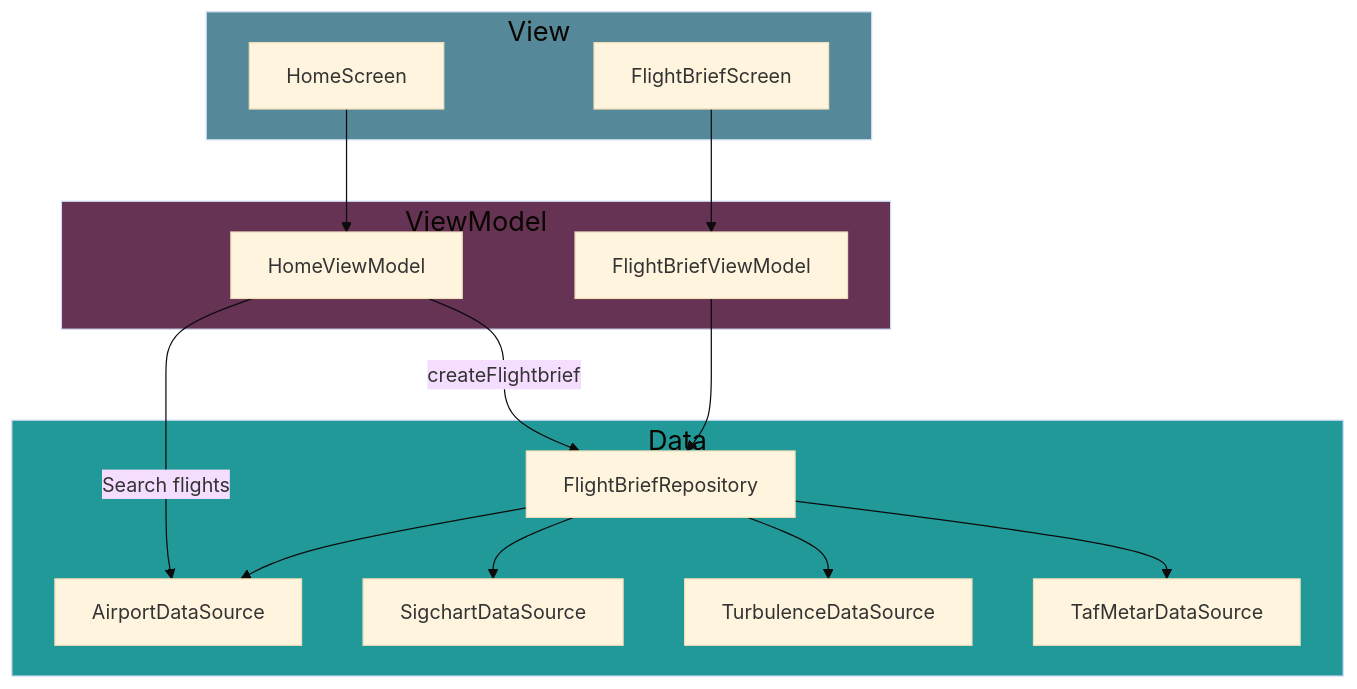
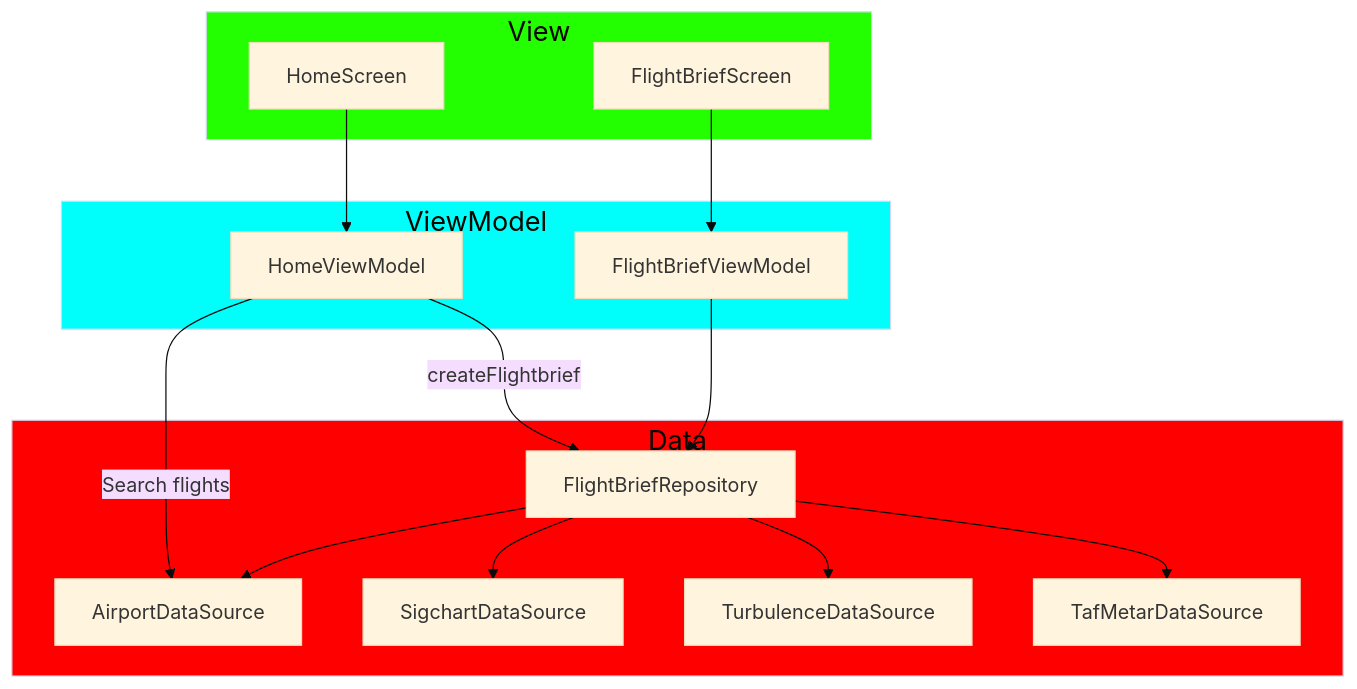
One commit to gjermundmyrvang/airborn changed the diagram in docs/arkitekturskisseMVP.md. Above: the diagram before and after it, drawn with Mermaid (base theme).

Commit message:
add color fix to mermaid architectureMVP

````diff
--- a/docs/arkitekturskisseMVP.md
+++ b/docs/arkitekturskisseMVP.md
@@ -1,72 +1,52 @@
 ```mermaid
 graph TD
+    viewHome[HomeScreen]
+    viewFlight[FlightBriefScreen]
+    viewModelHome[HomeViewModel]
+    viewModelFlight[FlightBriefViewModel]
+    flightRepo[FlightBriefRepository]
+    dataAirport[AirportDataSource]
+    dataSigchart[SigchartDataSource]
+    dataTurbulence[TurbulenceDataSource]
+    dataMetarTaf[TafMetarDataSource]
 
-viewHome[HomeScreen]
-viewFlight[FlightBriefScreen]
+    subgraph view[View]
+        viewHome
+        viewFlight
+    end
 
-viewModelHome[HomeViewModel]
-viewModelFlight[FlightBriefViewModel]
+    subgraph viewmodel[ViewModel]
+        viewModelHome
+        viewModelFlight
+    end
 
-flightRepo[FlightBriefRepository]
-dataAirport[AirportDataSource]
-dataSigchart[SigchartDataSource]
-dataTurbulence[TurbulenceDataSource]
-dataMetarTaf[TafMetarDataSource]
+    subgraph data[Data]
+        flightRepo
+        dataAirport
+        dataSigchart
+        dataTurbulence
+        dataMetarTaf
+    end
 
-
-
-subgraph view[View]
-viewHome
-viewFlight
-end
-
-
-
-
-subgraph viewmodel[ViewModel]
-viewModelHome
-viewModelFlight
-end
-
-
-subgraph data[Data]
-flightRepo
-dataAirport
-dataSigchart
-dataTurbulence
-dataMetarTaf
-end
-
-
-
-viewHome --> viewModelHome
-viewFlight --> viewModelFlight
-
-viewModelHome --> |Search flights| dataAirport
-viewModelHome --> |createFlightbrief| flightRepo
-
-viewModelFlight --> flightRepo
-
-flightRepo --> dataAirport
-flightRepo --> dataSigchart
-flightRepo --> dataTurbulence
-flightRepo --> dataMetarTaf
-
-classDef viewColor fill:#589
-classDef viewModelColor fill:#635
-classDef dataColor fill:#299
-classDef title font-size: 22px
-classDef paddingData padding-right: 2em;
-
-
-
-class view title
-class viewmodel title
-class data title
-
-class data paddingData
-
-class view viewColor
-class viewmodel viewModelColor
-class data dataColor
+    viewHome --> viewModelHome
+    viewFlight --> viewModelFlight
+    viewModelHome -->|Search flights| dataAirport
+    viewModelHome -->|createFlightbrief| flightRepo
+    viewModelFlight --> flightRepo
+    flightRepo --> dataAirport
+    flightRepo --> dataSigchart
+    flightRepo --> dataTurbulence
+    flightRepo --> dataMetarTaf
+    classDef viewColor fill: #23FF00
+    classDef viewModelColor fill: #00FFFB
+    classDef dataColor fill: #FF0000
+    classDef title font-size: 22px
+    classDef paddingData padding-right: 2em;
+    class view title
+    class viewmodel title
+    class data title
+    class data paddingData
+    class view viewColor
+    class viewmodel viewModelColor
+    class data dataColor
 ```
````
